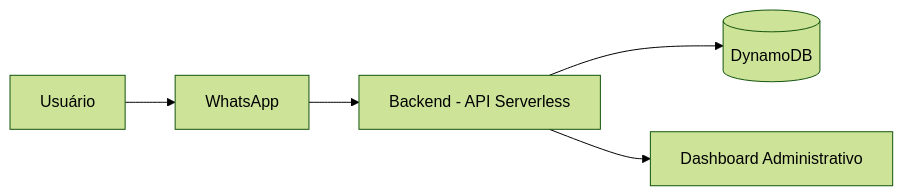
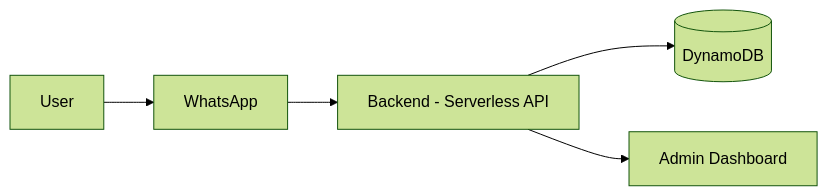
Before and after one commit to Central-de-Chamados/central-de-chamados: the first of 2 diagrams in README.md, drawn with Mermaid (forest theme). The commit also changed other lines of this file, not shown here.

````diff
--- a/README.md
+++ b/README.md
@@ -79,7 +81,7 @@
 ```mermaid
 flowchart LR
-    U[Usuário] --> W[WhatsApp]
-    W --> B[Backend - API Serverless]
+    U[User] --> W[WhatsApp]
+    W --> B[Backend - Serverless API]
     B --> D[(DynamoDB)]
-    B --> F[Dashboard Administrativo]
+    B --> F[Admin Dashboard]
 ```
````
